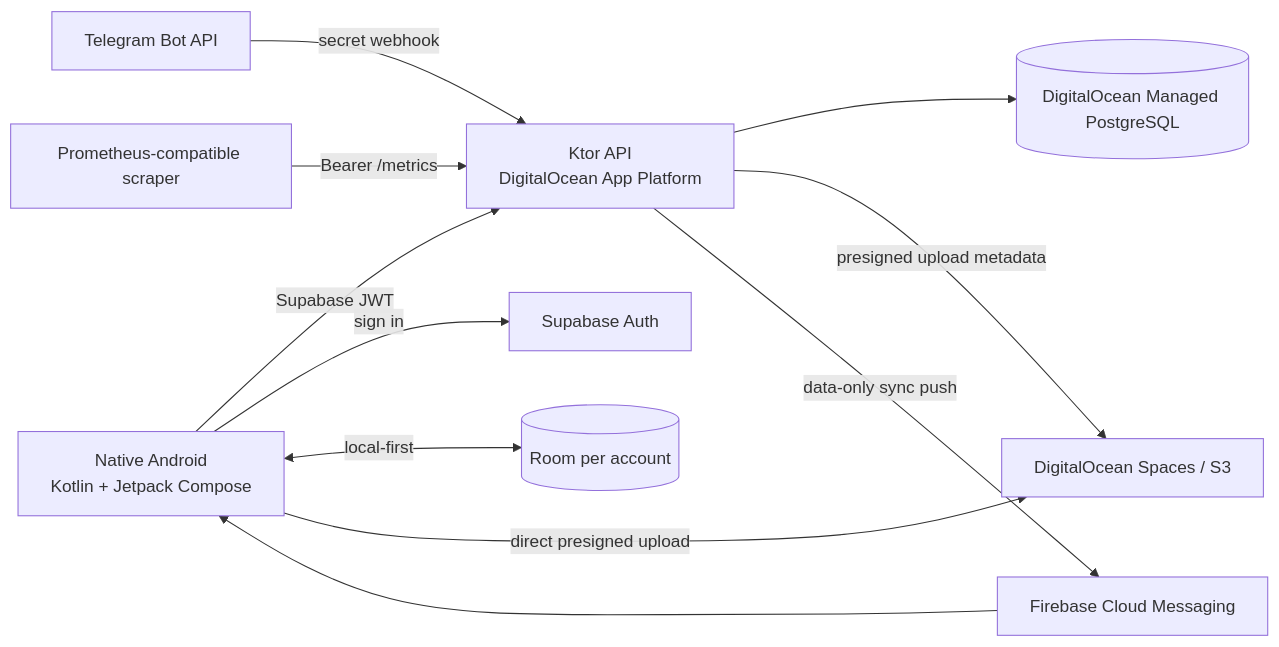
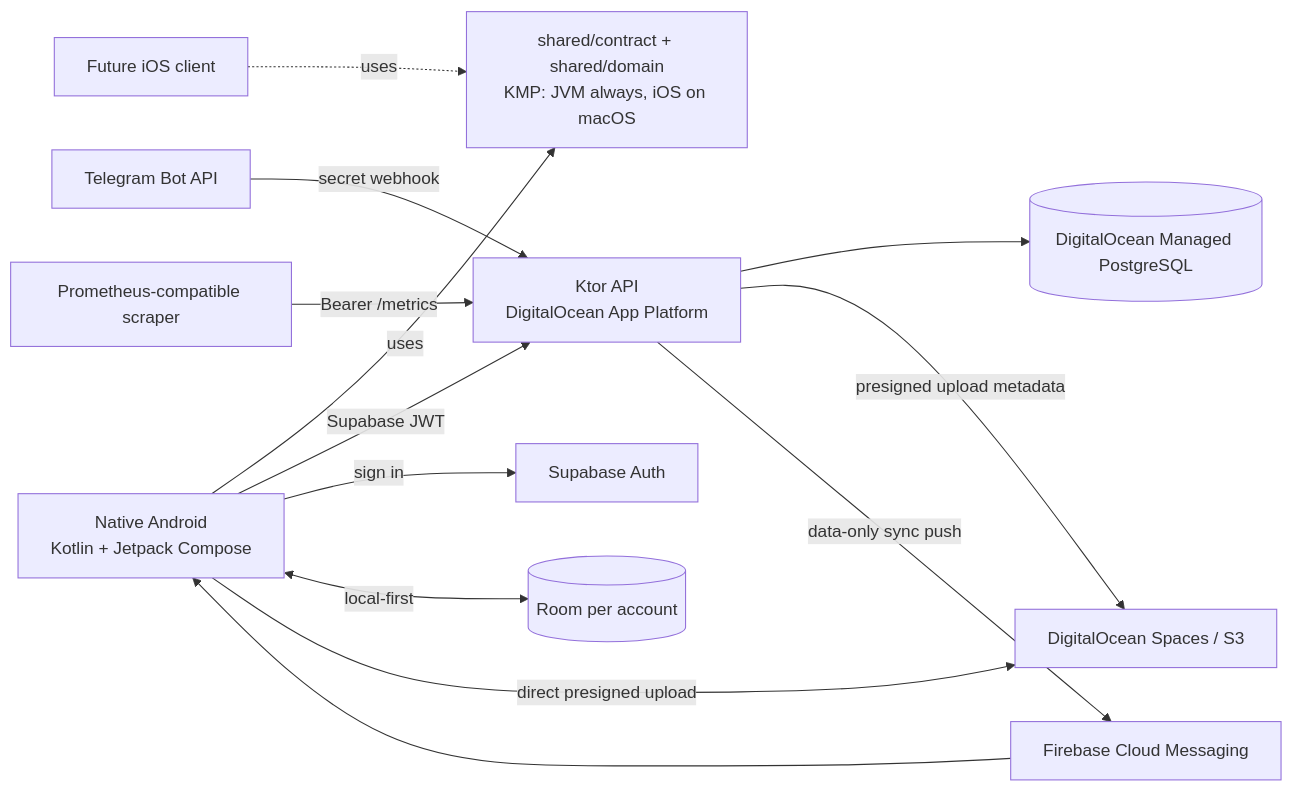
The diagram in truckerload/docs/TARGET_ARCHITECTURE.md (khaidarsafarov-droid/MyFinance), drawn with Mermaid before and after one commit. The commit also changed other lines of this file and 35 other files, not shown here.

First line of the commit message:
feat(kmp): share contract and domain for a future iOS client

````diff
--- a/truckerload/docs/TARGET_ARCHITECTURE.md
+++ b/truckerload/docs/TARGET_ARCHITECTURE.md
@@ -3,13 +3,16 @@
 ```mermaid
 flowchart LR
-    A[Native Android\nKotlin + Jetpack Compose] -->|Supabase JWT| K[Ktor API\nDigitalOcean App Platform]
+    S[shared/contract + shared/domain\nKMP: JVM always, iOS on macOS]
+    A[Native Android\nKotlin + Jetpack Compose] -->|uses| S
+    I[Future iOS client] -.->|uses| S
+    A -->|Supabase JWT| K[Ktor API\nDigitalOcean App Platform]
     A -->|sign in| U[Supabase Auth]
     A <-->|local-first| R[(Room per account)]
     T[Telegram Bot API] -->|secret webhook| K
     K --> P[(DigitalOcean Managed PostgreSQL)]
-    K -->|presigned upload metadata| S[DigitalOcean Spaces / S3]
-    A -->|direct presigned upload| S
+    K -->|presigned upload metadata| S3[DigitalOcean Spaces / S3]
+    A -->|direct presigned upload| S3
     K -->|data-only sync push| F[Firebase Cloud Messaging]
     F --> A
     O[Prometheus-compatible scraper] -->|Bearer /metrics| K
 ```
````
